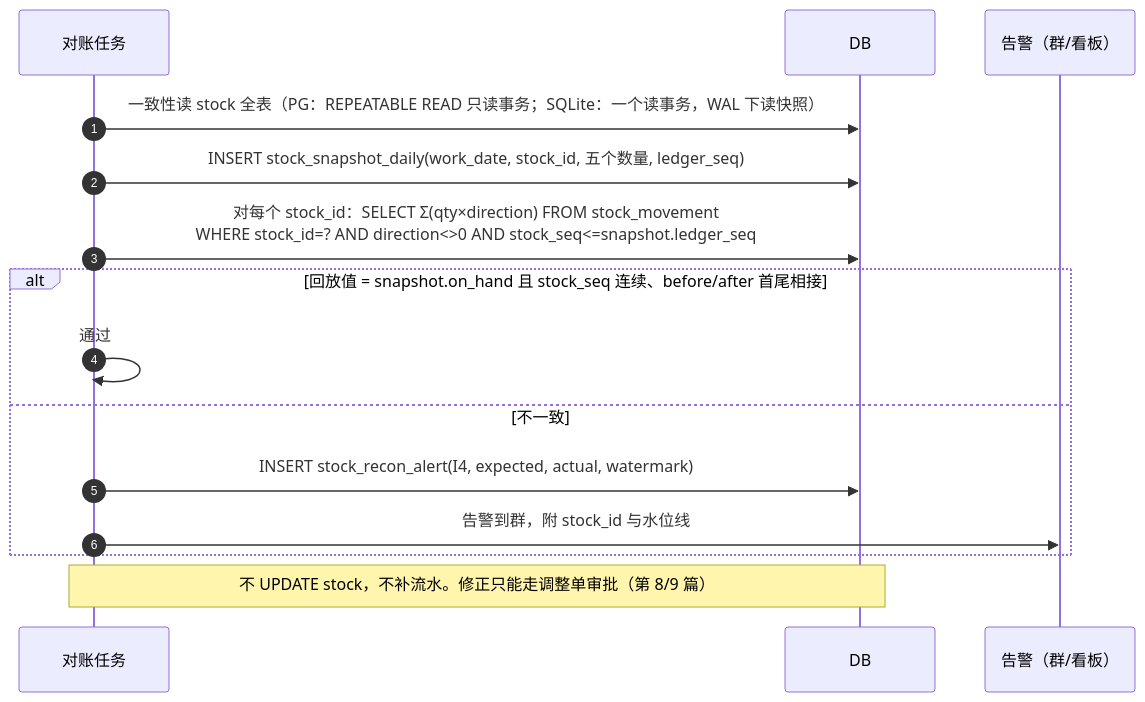
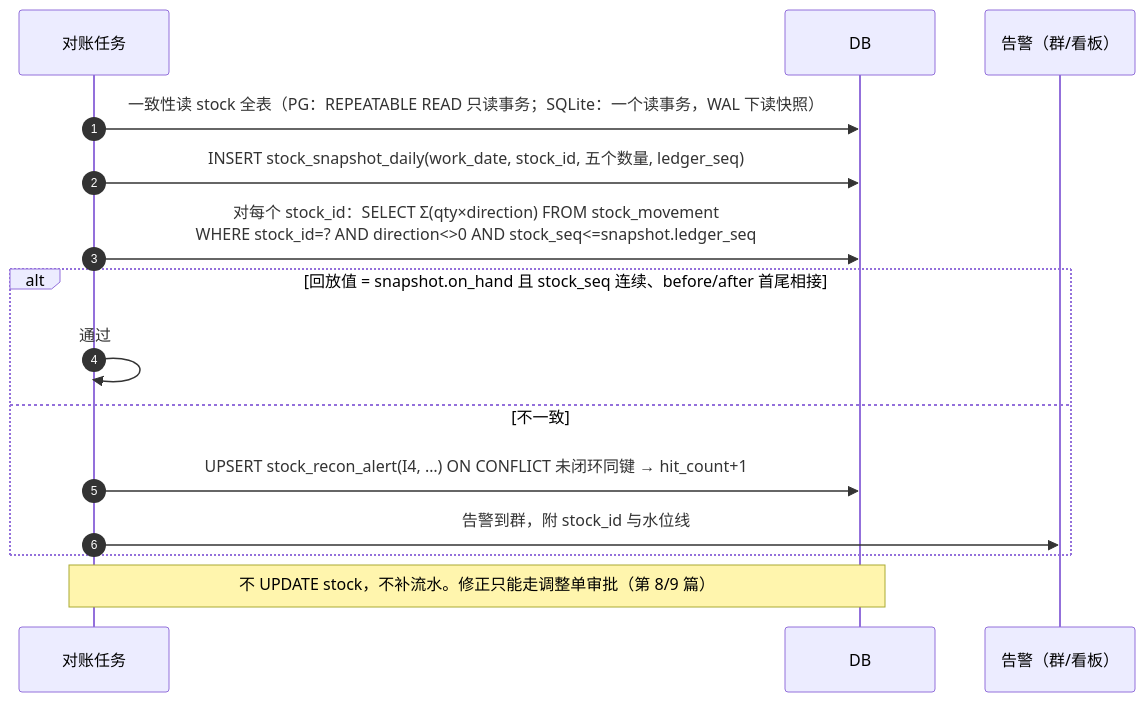
One commit to Akarin7784/fresh-wms changed the fourth of 4 diagrams in docs/02-库存核心.md. Above: the diagram before and after it, drawn with Mermaid. The commit also changed other lines of this file and 4 other files, not shown here.

````diff
--- a/docs/02-库存核心.md
+++ b/docs/02-库存核心.md
@@ -330,17 +394,17 @@
 ```mermaid
 sequenceDiagram
   autonumber
   participant JOB as 对账任务
   participant DB
   participant ALERT as 告警（群/看板）
   JOB->>DB: 一致性读 stock 全表（PG：REPEATABLE READ 只读事务；SQLite：一个读事务，WAL 下读快照）
   JOB->>DB: INSERT stock_snapshot_daily(work_date, stock_id, 五个数量, ledger_seq)
   JOB->>DB: 对每个 stock_id：SELECT Σ(qty×direction) FROM stock_movement<br/>WHERE stock_id=? AND direction<>0 AND stock_seq<=snapshot.ledger_seq
   alt 回放值 = snapshot.on_hand 且 stock_seq 连续、before/after 首尾相接
     JOB->>JOB: 通过
   else 不一致
-    JOB->>DB: INSERT stock_recon_alert(I4, expected, actual, watermark)
+    JOB->>DB: UPSERT stock_recon_alert(I4, …) ON CONFLICT 未闭环同键 → hit_count+1
     JOB->>ALERT: 告警到群，附 stock_id 与水位线
   end
   Note over JOB,DB: 不 UPDATE stock，不补流水。修正只能走调整单审批（第 8/9 篇）
 ```
````
